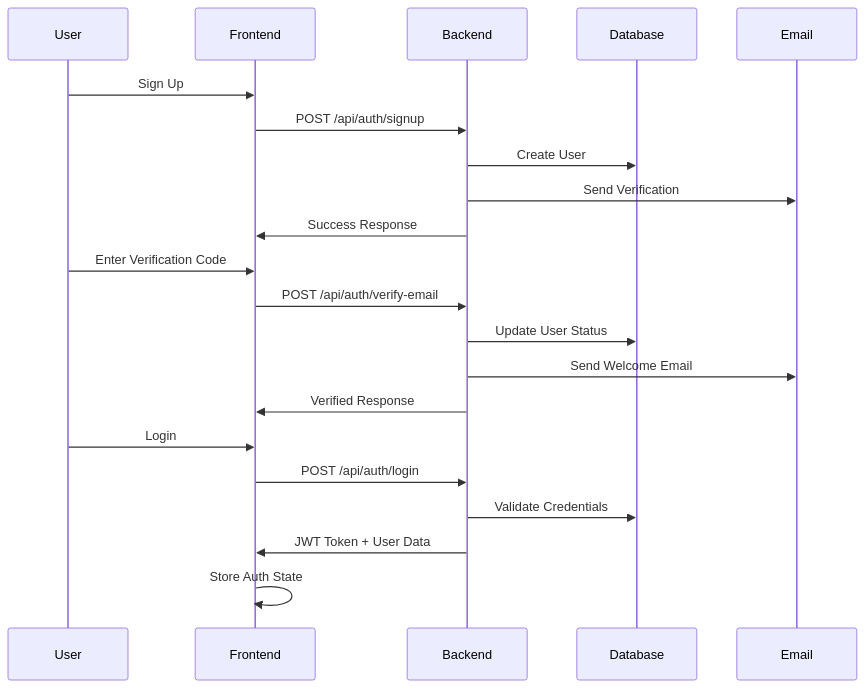
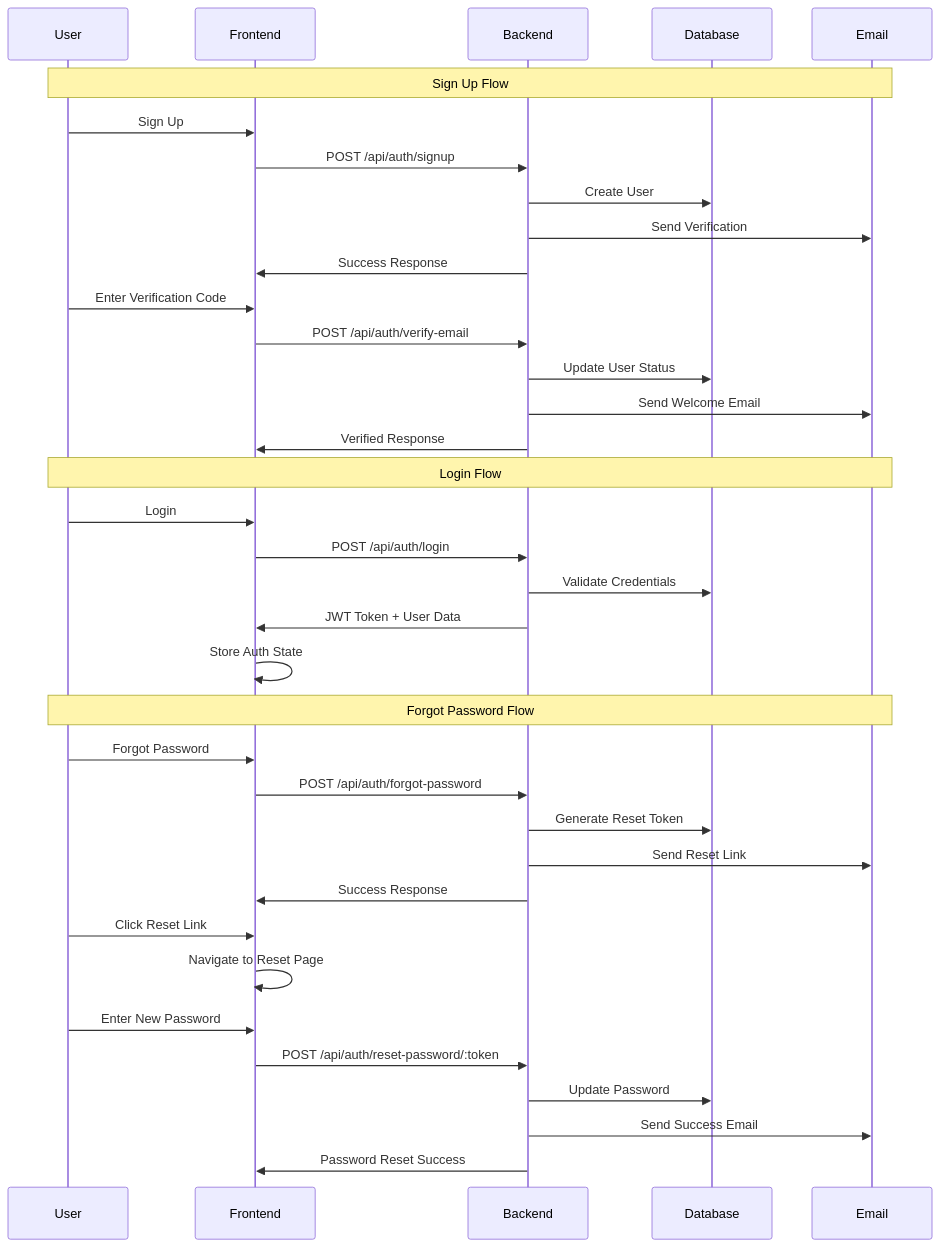
The diagram in README.md (ok-sarthak/Authentication_System), drawn with Mermaid before and after one commit. The commit also changed other lines of this file, not shown here.

Commit message:
Update Readme with better Authentication Flow and Routes

````diff
--- a/README.md
+++ b/README.md
@@ -332,26 +332,43 @@
 ```mermaid
 sequenceDiagram
     participant User
     participant Frontend
     participant Backend
     participant Database
     participant Email
 
+    Note over User, Email: Sign Up Flow
     User->>Frontend: Sign Up
     Frontend->>Backend: POST /api/auth/signup
     Backend->>Database: Create User
     Backend->>Email: Send Verification
     Backend->>Frontend: Success Response
     
     User->>Frontend: Enter Verification Code
     Frontend->>Backend: POST /api/auth/verify-email
     Backend->>Database: Update User Status
     Backend->>Email: Send Welcome Email
     Backend->>Frontend: Verified Response
     
+    Note over User, Email: Login Flow
     User->>Frontend: Login
     Frontend->>Backend: POST /api/auth/login
     Backend->>Database: Validate Credentials
     Backend->>Frontend: JWT Token + User Data
     Frontend->>Frontend: Store Auth State
+    
+    Note over User, Email: Forgot Password Flow
+    User->>Frontend: Forgot Password
+    Frontend->>Backend: POST /api/auth/forgot-password
+    Backend->>Database: Generate Reset Token
+    Backend->>Email: Send Reset Link
+    Backend->>Frontend: Success Response
+    
+    User->>Frontend: Click Reset Link
+    Frontend->>Frontend: Navigate to Reset Page
+    User->>Frontend: Enter New Password
+    Frontend->>Backend: POST /api/auth/reset-password/:token
+    Backend->>Database: Update Password
+    Backend->>Email: Send Success Email
+    Backend->>Frontend: Password Reset Success
 ```
````
